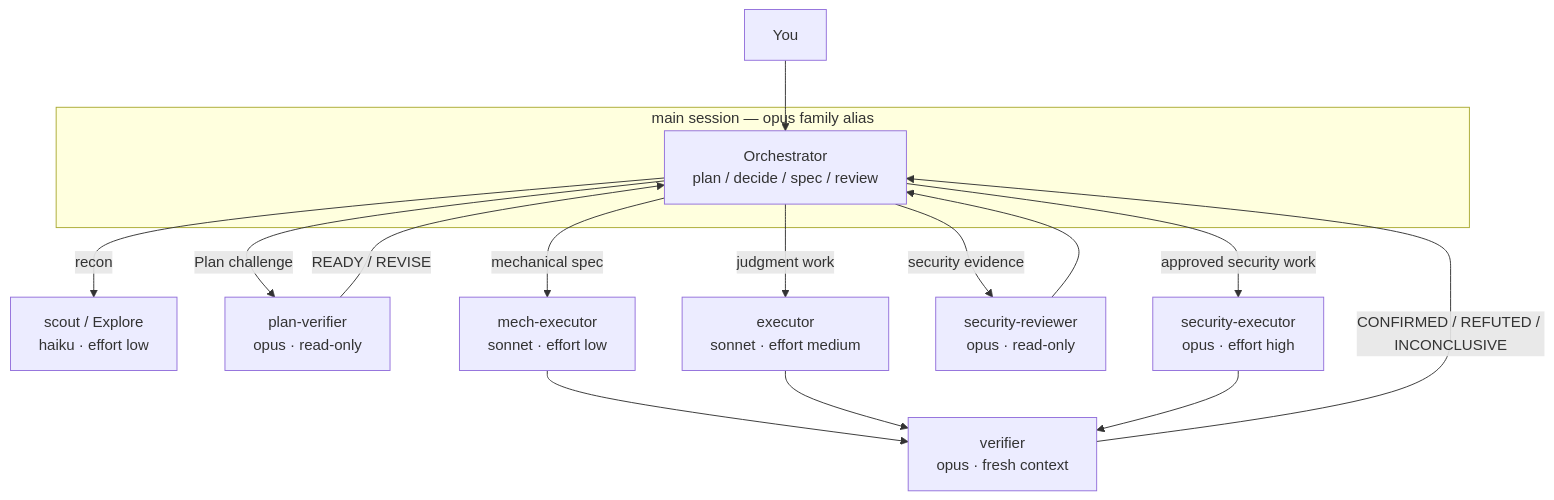
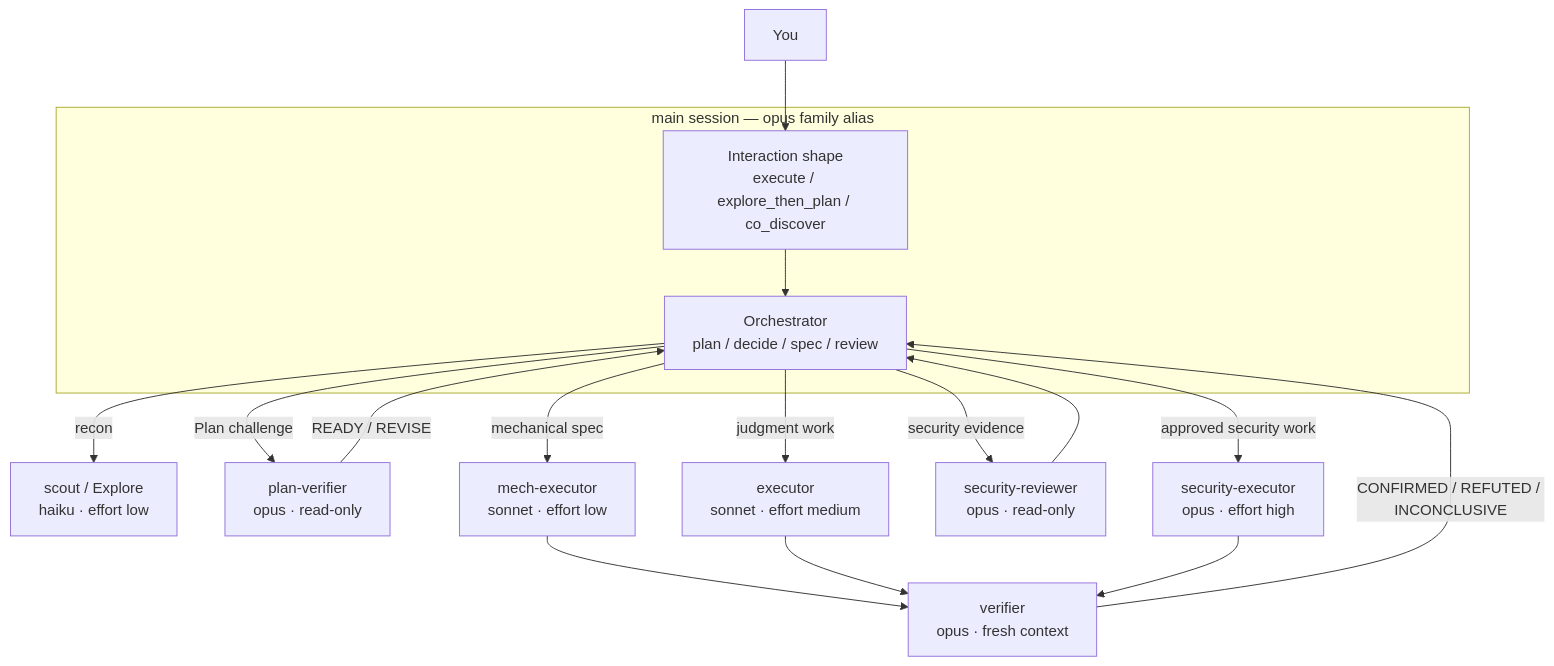
The diagram in README.md (Nanako0129/pilotfish), drawn with Mermaid before and after one commit. The commit also changed other lines of this file and 13 other files, not shown here.

````diff
--- a/README.md
+++ b/README.md
@@ -54,27 +54,30 @@
 ```mermaid
 flowchart TD
-    U["You"] --> O
+    U["You"] --> I
     subgraph MAIN["main session — opus family alias"]
+        I["Interaction shape
+execute / explore_then_plan / co_discover"]
+        I --> O
         O["Orchestrator
 plan / decide / spec / review"]
     end
     O -->|recon| S["scout / Explore
 haiku · effort low"]
     O -->|Plan challenge| PV["plan-verifier
 opus · read-only"]
     PV -->|READY / REVISE| O
     O -->|mechanical spec| M["mech-executor
 sonnet · effort low"]
     O -->|judgment work| E["executor
 sonnet · effort medium"]
     O -->|security evidence| SR["security-reviewer
 opus · read-only"]
     SR --> O
     O -->|approved security work| SEC["security-executor
 opus · effort high"]
     M --> V["verifier
 opus · fresh context"]
     E --> V
     SEC --> V
     V -->|CONFIRMED / REFUTED / INCONCLUSIVE| O
 ```
````
